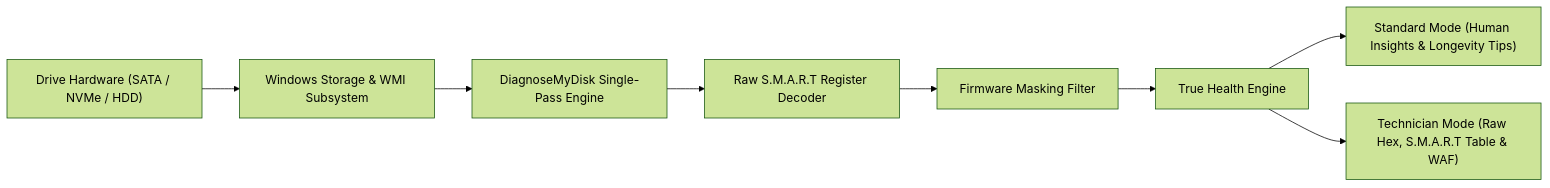
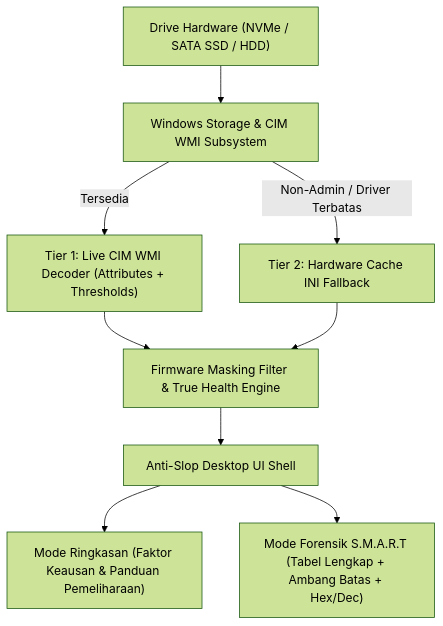
The diagram in README.md (geadalfa/DiagnoseMyDisk), drawn with Mermaid (forest theme) before and after one commit. The commit also changed other lines of this file and 6 other files, not shown here.

Commit message:
feat: overhaul desktop UI/UX with anti-slop standards and resolve multi-tier SMART telemetry fallbacks

````diff
--- a/README.md
+++ b/README.md
@@ -27,10 +28,11 @@
 ```mermaid
-flowchart LR
-    A["Drive Hardware (SATA / NVMe / HDD)"] --> B["Windows Storage & WMI Subsystem"]
-    B --> C["DiagnoseMyDisk Single-Pass Engine"]
-    C --> D["Raw S.M.A.R.T Register Decoder"]
-    D --> E["Firmware Masking Filter"]
-    E --> F["True Health Engine"]
-    F --> G["Standard Mode (Human Insights & Longevity Tips)"]
-    F --> H["Technician Mode (Raw Hex, S.M.A.R.T Table & WAF)"]
+flowchart TD
+    A["Drive Hardware (NVMe / SATA SSD / HDD)"] --> B["Windows Storage & CIM WMI Subsystem"]
+    B -->|Tersedia| C["Tier 1: Live CIM WMI Decoder (Attributes + Thresholds)"]
+    B -->|Non-Admin / Driver Terbatas| D["Tier 2: Hardware Cache INI Fallback"]
+    C --> E["Firmware Masking Filter & True Health Engine"]
+    D --> E
+    E --> F["Anti-Slop Desktop UI Shell"]
+    F --> G["Mode Ringkasan (Faktor Keausan & Panduan Pemeliharaan)"]
+    F --> H["Mode Forensik S.M.A.R.T (Tabel Lengkap + Ambang Batas + Hex/Dec)"]
 ```
````
